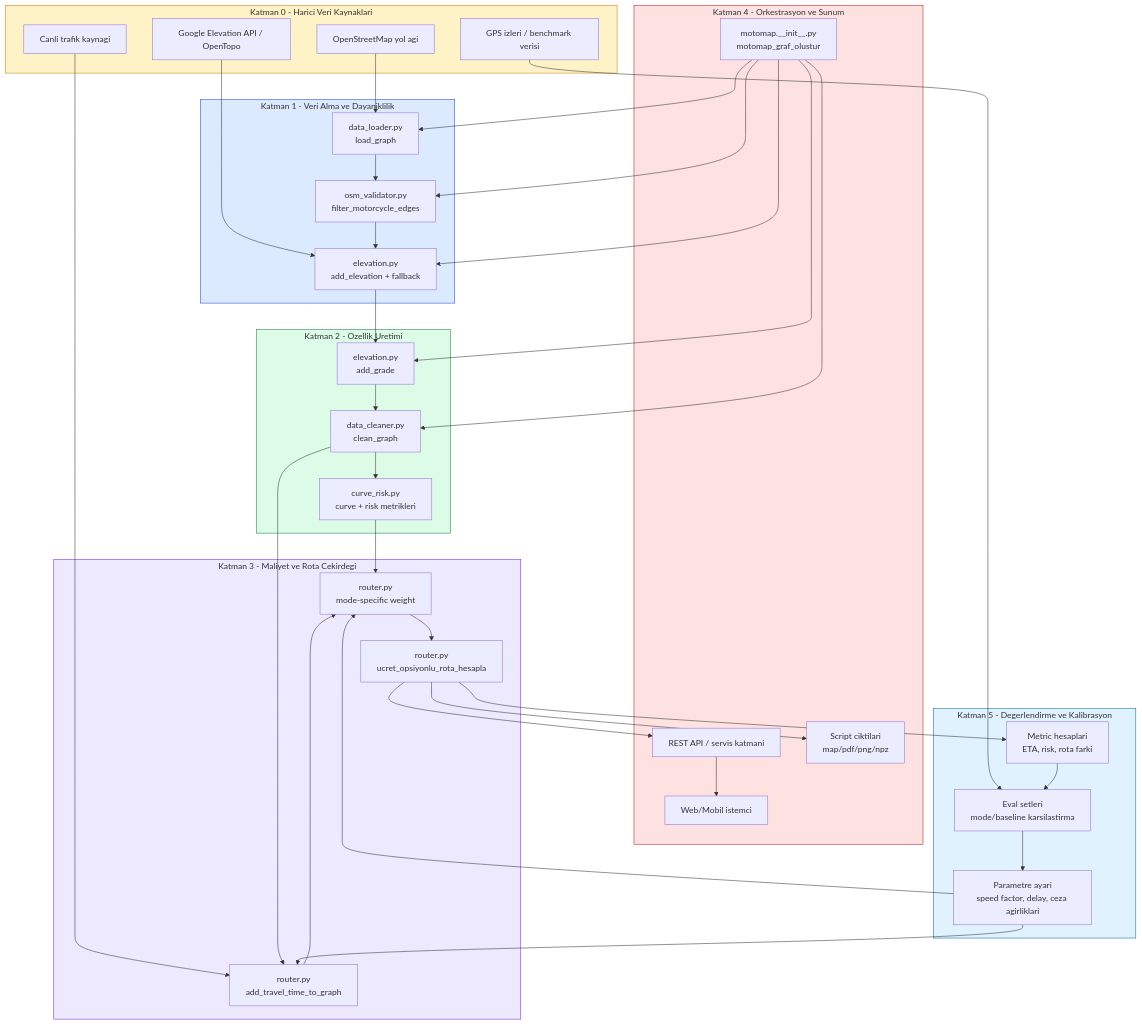
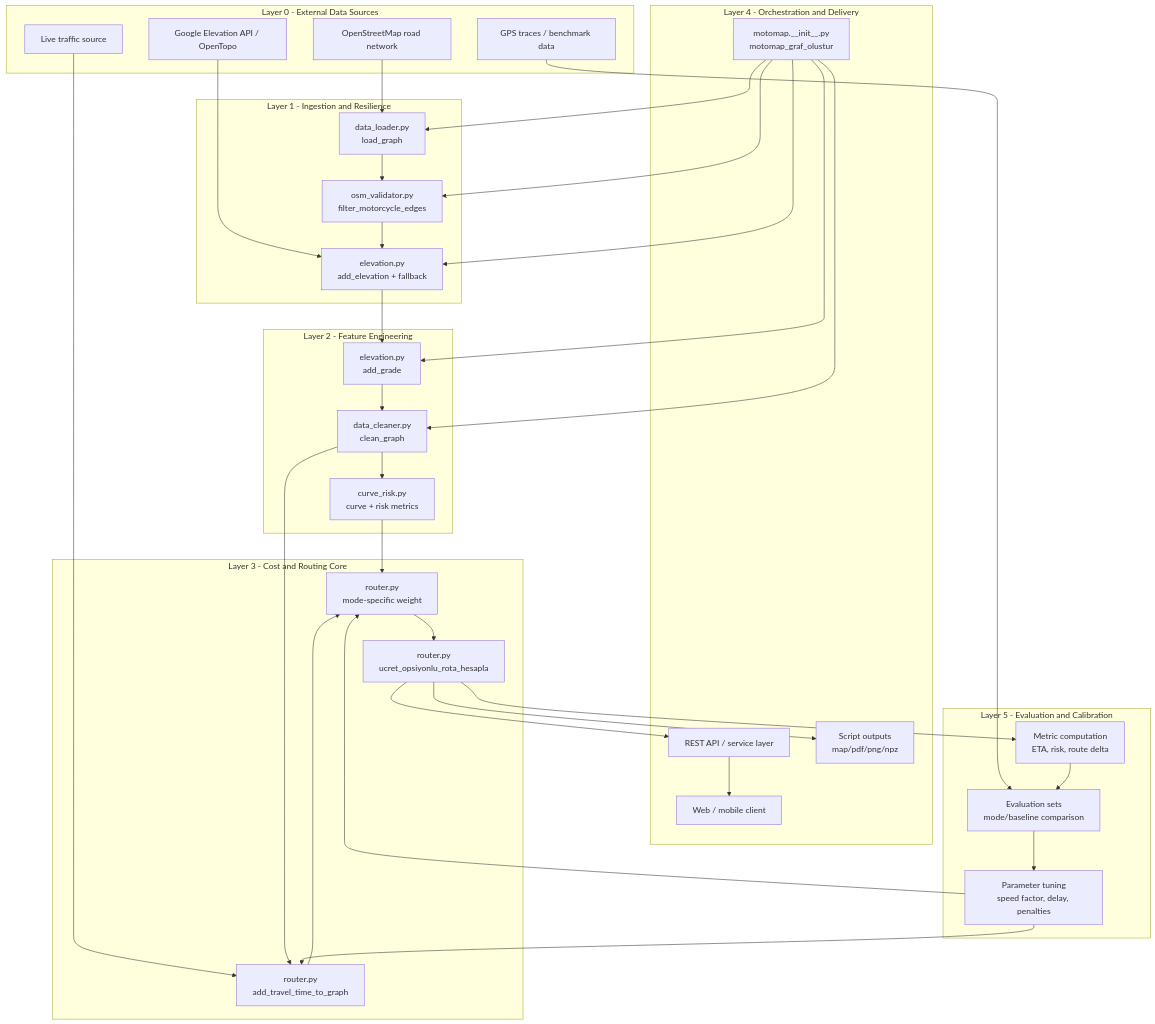
One commit to alireal973/motomap changed the first of 2 diagrams in docs/architecture/system-layers-and-calibration.md. Above: the diagram before and after it, drawn with Mermaid. The commit also changed other lines of this file and 38 other files, not shown here.

````diff
--- a/docs/architecture/system-layers-and-calibration.md
+++ b/docs/architecture/system-layers-and-calibration.md
@@ -7,68 +10,61 @@
 ```mermaid
 flowchart TB
-    subgraph L0[Katman 0 - Harici Veri Kaynaklari]
-        OSM[OpenStreetMap yol agi]
+    subgraph L0[Layer 0 - External Data Sources]
+        OSM[OpenStreetMap road network]
         ELEV[Google Elevation API / OpenTopo]
-        TRAFIK[Canli trafik kaynagi]
-        OBS[GPS izleri / benchmark verisi]
+        TRAFFIC[Live traffic source]
+        OBS[GPS traces / benchmark data]
     end
 
-    subgraph L1[Katman 1 - Veri Alma ve Dayaniklilik]
+    subgraph L1[Layer 1 - Ingestion and Resilience]
         DL[data_loader.py\nload_graph]
         OV[osm_validator.py\nfilter_motorcycle_edges]
         EL[elevation.py\nadd_elevation + fallback]
     end
 
-    subgraph L2[Katman 2 - Ozellik Uretimi]
+    subgraph L2[Layer 2 - Feature Engineering]
         GR[elevation.py\nadd_grade]
         CL[data_cleaner.py\nclean_graph]
-        CR[curve_risk.py\ncurve + risk metrikleri]
+        CR[curve_risk.py\ncurve + risk metrics]
     end
 
-    subgraph L3[Katman 3 - Maliyet ve Rota Cekirdegi]
+    subgraph L3[Layer 3 - Cost and Routing Core]
         TT[router.py\nadd_travel_time_to_graph]
         MW[router.py\nmode-specific weight]
         RT[router.py\nucret_opsiyonlu_rota_hesapla]
     end
 
-    subgraph L4[Katman 4 - Orkestrasyon ve Sunum]
+    subgraph L4[Layer 4 - Orchestration and Delivery]
         PUB[motomap.__init__.py\nmotomap_graf_olustur]
-        API[REST API / servis katmani]
-        APP[Web/Mobil istemci]
-        OUT[Script ciktilari\nmap/pdf/png/npz]
+        API[REST API / service layer]
+        APP[Web / mobile client]
+        OUT[Script outputs\nmap/pdf/png/npz]
     end
 
-    subgraph L5[Katman 5 - Degerlendirme ve Kalibrasyon]
-        MET[Metric hesaplari\nETA, risk, rota farki]
-        EVA[Eval setleri\nmode/baseline karsilastirma]
-        TUNE[Parametre ayari\nspeed factor, delay, ceza agirliklari]
+    subgraph L5[Layer 5 - Evaluation and Calibration]
+        MET[Metric computation\nETA, risk, route delta]
+        EVA[Evaluation sets\nmode/baseline comparison]
+        TUNE[Parameter tuning\nspeed factor, delay, penalties]
     end
 
     OSM --> DL
     ELEV --> EL
-    TRAFIK --> TT
+    TRAFFIC --> TT
     OBS --> EVA
 
     DL --> OV --> EL --> GR --> CL --> CR
     CL --> TT
     CR --> MW
     TT --> MW --> RT
 
     RT --> API --> APP
     RT --> OUT
     RT --> MET --> EVA --> TUNE --> TT
     TUNE --> MW
 
     PUB --> DL
     PUB --> OV
     PUB --> EL
     PUB --> GR
     PUB --> CL
-
-    style L0 fill:#fef3c7,stroke:#d97706
-    style L1 fill:#dbeafe,stroke:#1d4ed8
-    style L2 fill:#dcfce7,stroke:#15803d
-    style L3 fill:#ede9fe,stroke:#6d28d9
-    style L4 fill:#fee2e2,stroke:#b91c1c
-    style L5 fill:#e0f2fe,stroke:#0369a1
 ```
````
